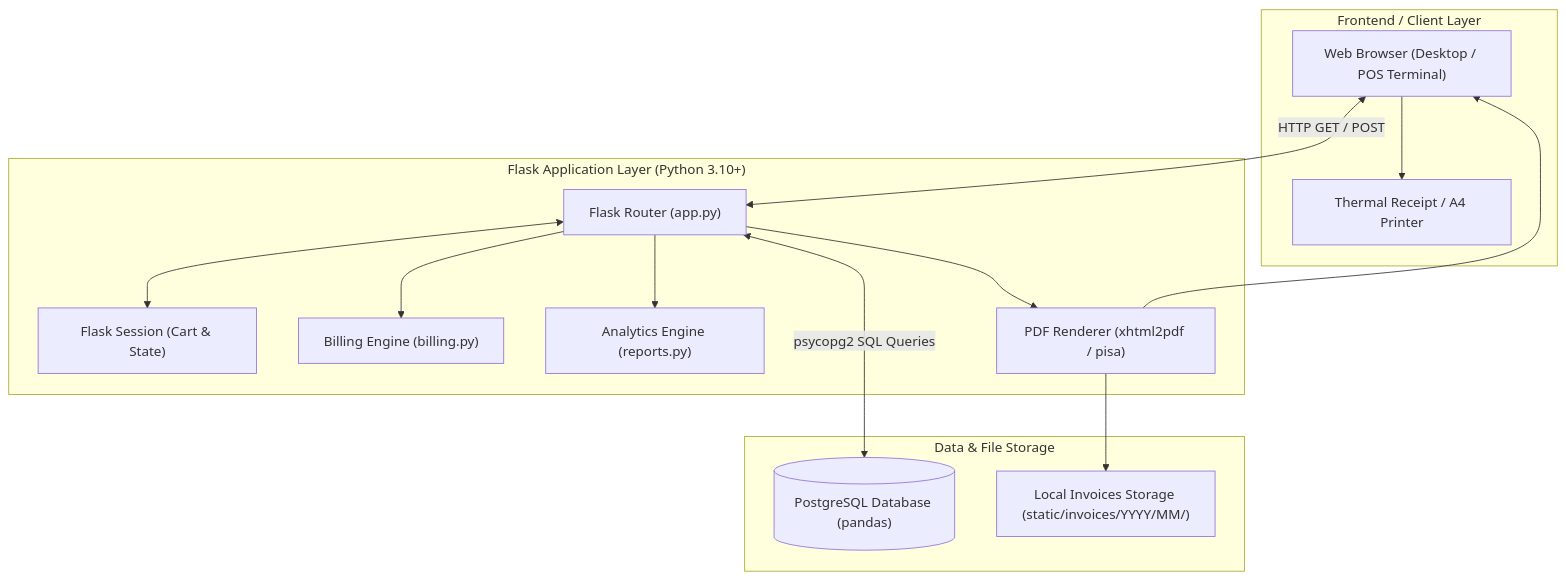
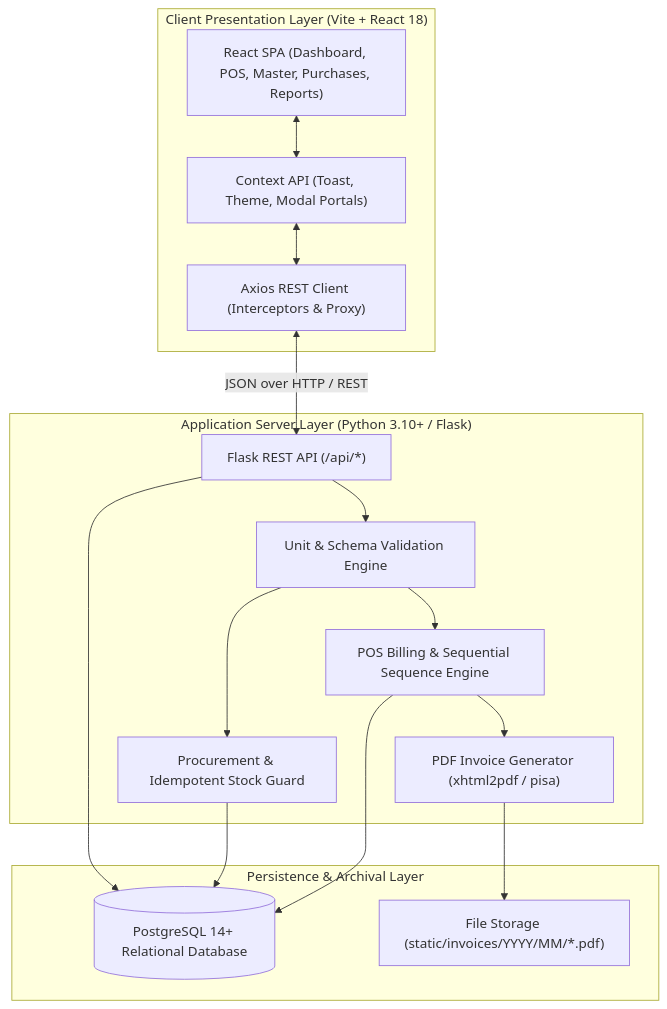
The first of 2 diagrams in README.md (NafeesaMisriya/Pandas_ERP), drawn with Mermaid before and after one commit. The commit also changed other lines of this file, not shown here.

````diff
--- a/README.md
+++ b/README.md
@@ -79,30 +90,33 @@
 ```mermaid
 flowchart TD
-    subgraph Client ["Frontend / Client Layer"]
-        UI["Web Browser (Desktop / POS Terminal)"]
-        Print["Thermal Receipt / A4 Printer"]
+    subgraph Client ["Client Presentation Layer (Vite + React 18)"]
+        SPA["React SPA (Dashboard, POS, Master, Purchases, Reports)"]
+        State["Context API (Toast, Theme, Modal Portals)"]
+        AxiosClient["Axios REST Client (Interceptors & Proxy)"]
     end
 
-    subgraph App ["Flask Application Layer (Python 3.10+)"]
-        Router["Flask Router (app.py)"]
-        SessionStore["Flask Session (Cart & State)"]
-        BillingMod["Billing Engine (billing.py)"]
-        ReportsMod["Analytics Engine (reports.py)"]
-        PDFGen["PDF Renderer (xhtml2pdf / pisa)"]
+    subgraph Server ["Application Server Layer (Python 3.10+ / Flask)"]
+        Router["Flask REST API (/api/*)"]
+        AuthValid["Unit & Schema Validation Engine"]
+        BillingEng["POS Billing & Sequential Sequence Engine"]
+        PurchaseEng["Procurement & Idempotent Stock Guard"]
+        PDFEng["PDF Invoice Generator (xhtml2pdf / pisa)"]
     end
 
-    subgraph Storage ["Data & File Storage"]
-        PG[("PostgreSQL Database (pandas)")]
-        DiskArchive["Local Invoices Storage (static/invoices/YYYY/MM/)"]
+    subgraph Persistence ["Persistence & Archival Layer"]
+        PG[("PostgreSQL 14+ Relational Database")]
+        PDFStorage["File Storage (static/invoices/YYYY/MM/*.pdf)"]
     end
 
-    UI <-->|HTTP GET / POST| Router
-    Router <--> SessionStore
-    Router --> BillingMod
-    Router --> ReportsMod
-    Router --> PDFGen
-    PDFGen --> DiskArchive
-    PDFGen --> UI
-    UI --> Print
-    Router <-->|psycopg2 SQL Queries| PG
+    SPA <--> State
+    State <--> AxiosClient
+    AxiosClient <-->|JSON over HTTP / REST| Router
+    Router --> AuthValid
+    AuthValid --> BillingEng
+    AuthValid --> PurchaseEng
+    BillingEng --> PG
+    PurchaseEng --> PG
+    BillingEng --> PDFEng
+    PDFEng --> PDFStorage
+    Router --> PG
 ```
````
